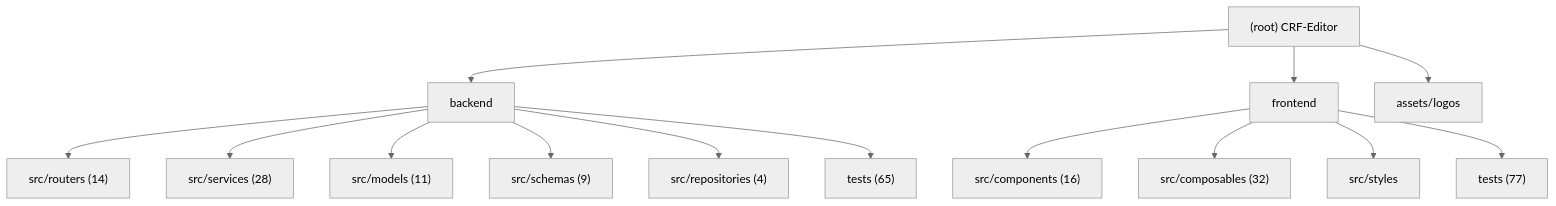
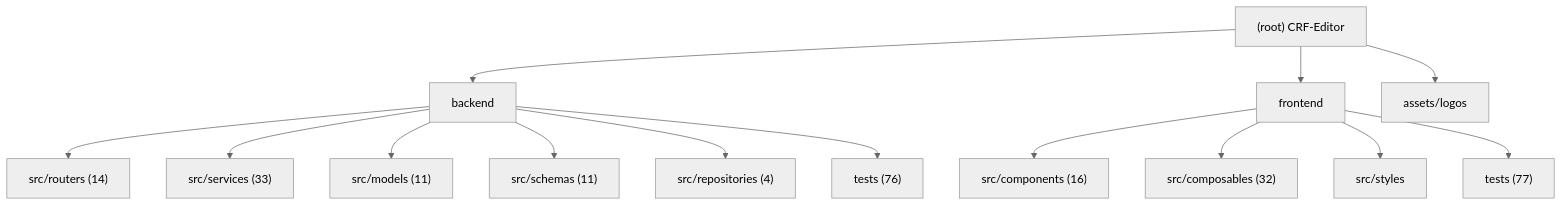
Before and after one commit to decade6666/CRF-Editor: the diagram in .claude/CLAUDE.md, drawn with Mermaid (neutral theme). The commit also changed other lines of this file and 3 other files, not shown here.

````diff
--- a/.claude/CLAUDE.md
+++ b/.claude/CLAUDE.md
@@ -15,19 +15,19 @@
 ```mermaid
 graph TD
     A["(root) CRF-Editor"] --> B["backend"];
     B --> B1["src/routers (14)"];
-    B --> B2["src/services (28)"];
+    B --> B2["src/services (33)"];
     B --> B3["src/models (11)"];
-    B --> B4["src/schemas (9)"];
+    B --> B4["src/schemas (11)"];
     B --> B5["src/repositories (4)"];
-    B --> B6["tests (65)"];
+    B --> B6["tests (76)"];
     A --> C["frontend"];
     C --> C1["src/components (16)"];
     C --> C2["src/composables (32)"];
     C --> C3["src/styles"];
     C --> C4["tests (77)"];
     A --> D["assets/logos"];
 
     click B "./backend/.claude/CLAUDE.md" "View backend module docs"
     click C "./frontend/.claude/CLAUDE.md" "View frontend module docs"
 ```
````
